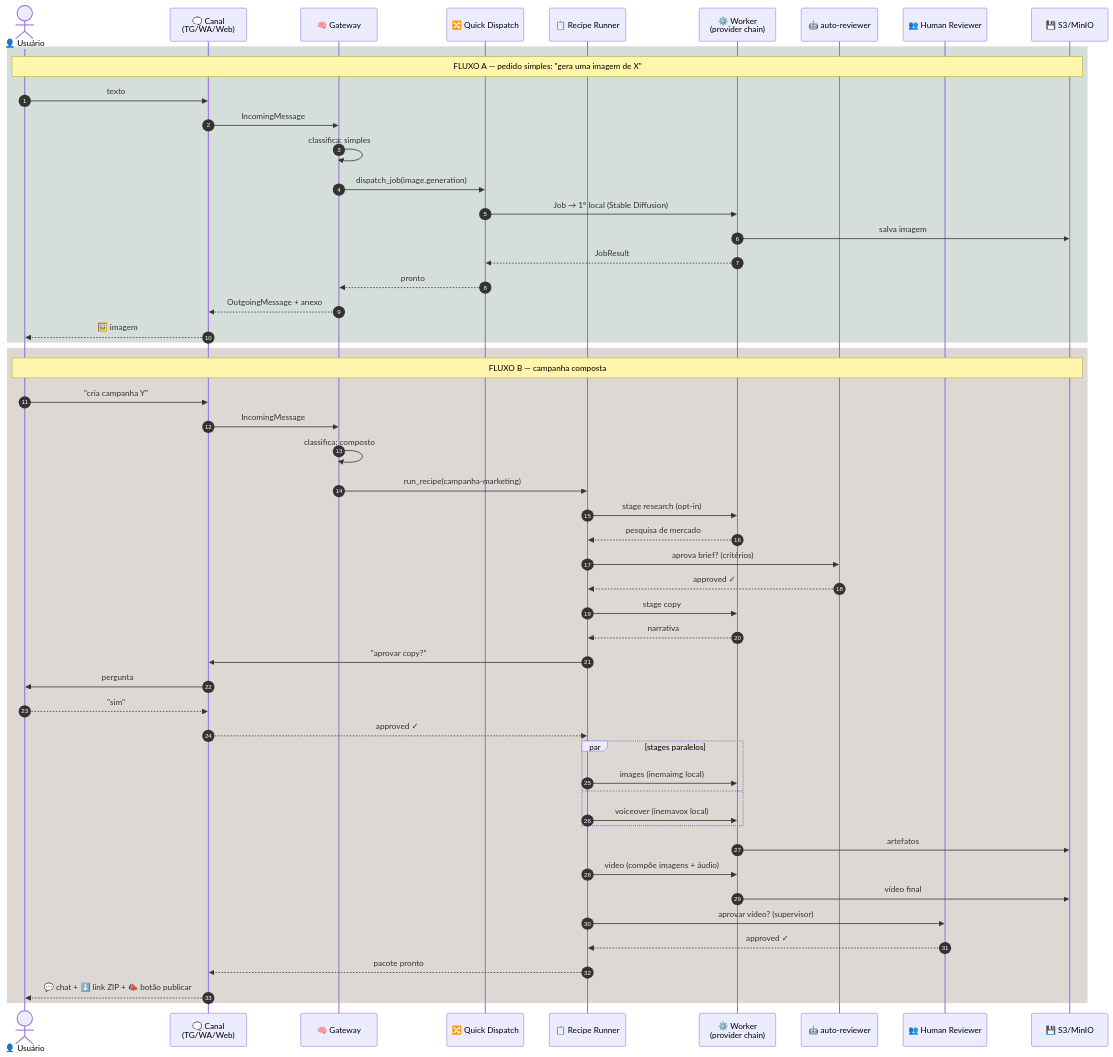
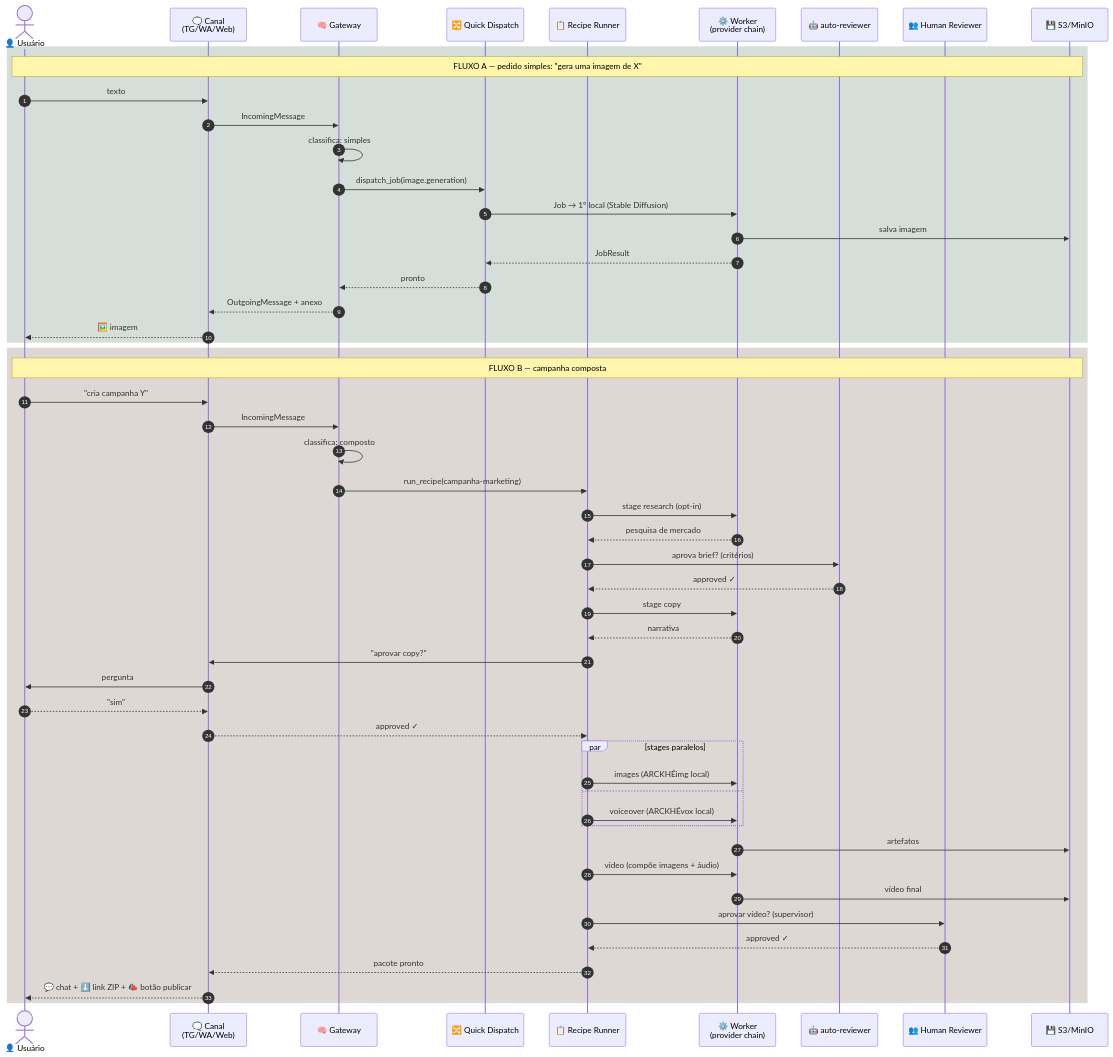
One commit to linnoff88-dev/arckhe-imkt5 changed the diagram in doc/diagrams/03-fluxos.mmd. Above: the diagram before and after it, drawn with Mermaid. The commit also changed 100 other files, not shown here.

```diff
--- a/doc/diagrams/03-fluxos.mmd
+++ b/doc/diagrams/03-fluxos.mmd
@@ -1,55 +1,55 @@
 sequenceDiagram
     autonumber
     actor U as 👤 Usuário
     participant CH as 🗨️ Canal<br/>(TG/WA/Web)
     participant GW as 🧠 Gateway
     participant QD as 🔀 Quick Dispatch
     participant RR as 📋 Recipe Runner
     participant W as ⚙️ Worker<br/>(provider chain)
     participant AR as 🤖 auto-reviewer
     participant HR as 👥 Human Reviewer
     participant S3 as 💾 S3/MinIO
 
     rect rgba(45, 90, 61, 0.2)
         Note over U,S3: FLUXO A — pedido simples: "gera uma imagem de X"
         U->>CH: texto
         CH->>GW: IncomingMessage
         GW->>GW: classifica: simples
         GW->>QD: dispatch_job(image.generation)
         QD->>W: Job → 1º local (Stable Diffusion)
         W->>S3: salva imagem
         W-->>QD: JobResult
         QD-->>GW: pronto
         GW-->>CH: OutgoingMessage + anexo
         CH-->>U: 🖼️ imagem
     end
 
     rect rgba(93, 61, 45, 0.2)
         Note over U,S3: FLUXO B — campanha composta
         U->>CH: "cria campanha Y"
         CH->>GW: IncomingMessage
         GW->>GW: classifica: composto
         GW->>RR: run_recipe(campanha-marketing)
         RR->>W: stage research (opt-in)
         W-->>RR: pesquisa de mercado
         RR->>AR: aprova brief? (critérios)
         AR-->>RR: approved ✓
         RR->>W: stage copy
         W-->>RR: narrativa
         RR->>CH: "aprovar copy?"
         CH->>U: pergunta
         U-->>CH: "sim"
         CH-->>RR: approved ✓
         par stages paralelos
-            RR->>W: images (inemaimg local)
+            RR->>W: images (ARCKHÉimg local)
         and
-            RR->>W: voiceover (inemavox local)
+            RR->>W: voiceover (ARCKHÉvox local)
         end
         W->>S3: artefatos
         RR->>W: video (compõe imagens + áudio)
         W->>S3: vídeo final
         RR->>HR: aprovar vídeo? (supervisor)
         HR-->>RR: approved ✓
         RR-->>CH: pacote pronto
         CH-->>U: 💬 chat + ⬇️ link ZIP + 📣 botão publicar
     end
```
